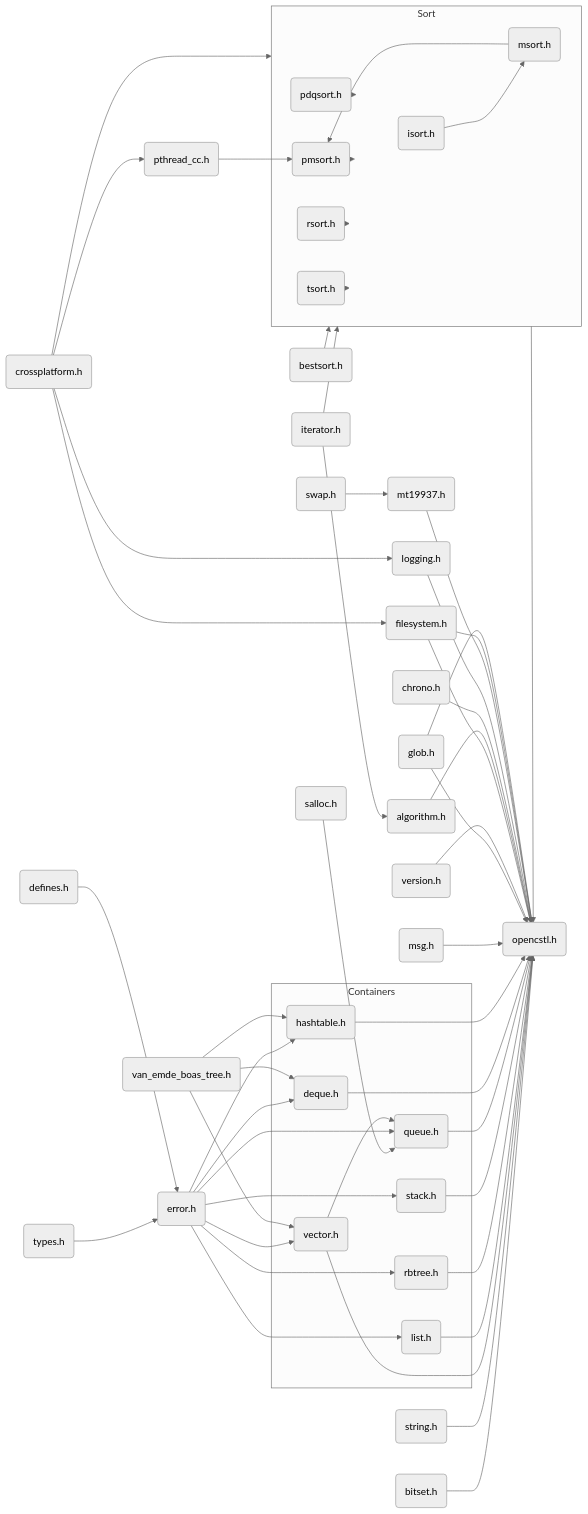
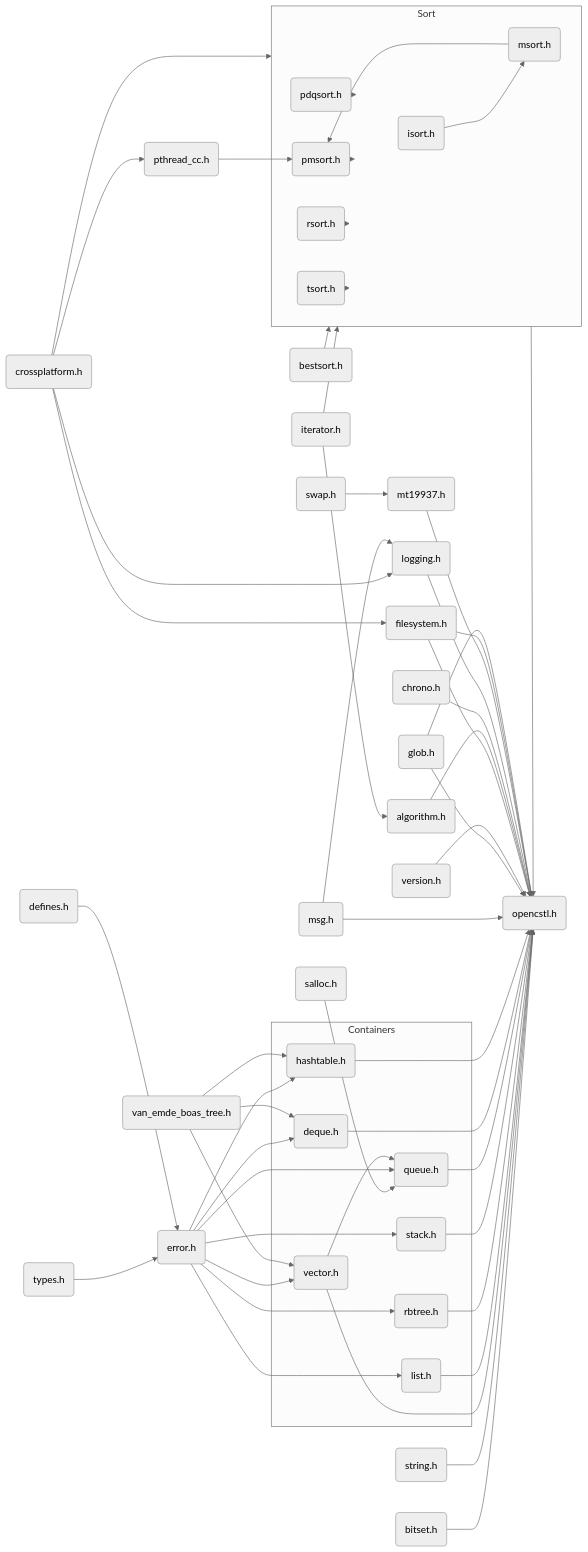
Before and after one commit to springkim/OpenCSTL: the diagram in README.md, drawn with Mermaid (neutral theme). The commit also changed other lines of this file and 11 other files, not shown here.

````diff
--- a/README.md
+++ b/README.md
@@ -245,74 +247,75 @@
 ```mermaid
 
   flowchart LR
       T(types.h) --> E(error.h)
       D(defines.h) --> E(error.h)
       C(crossplatform.h) --> L(logging.h)
       C(crossplatform.h) --> PTHREADCC(pthread_cc.h)
       E(error.h) --> V(vector.h)
       E(error.h) --> LST(list.h)
       E(error.h) --> S(stack.h)
       SALLOC(salloc.h) --> Q(queue.h)
       E(error.h) --> Q(queue.h)
       V(vector.h) --> Q(queue.h)
       E(error.h) --> TREE(rbtree.h)
       E(error.h) --> DQ(deque.h)
       E(error.h) --> H(hashtable.h)
       VEBT(van_emde_boas_tree.h) --> H(hashtable.h)
       VEBT(van_emde_boas_tree.h) --> V(vector.h)
       VEBT(van_emde_boas_tree.h) --> DQ(deque.h)
 
       subgraph CONTAINERS[Containers]
           V(vector.h)
           LST(list.h)
           S(stack.h)
           Q(queue.h)
           TREE(tree.h)
           DQ(deque.h)
           H(hashtable.h)
       end
       
       subgraph SORT[Sort]
       	ISORT(isort.h)
       	TSORT(tsort.h)
       	MSORT(msort.h)
       	RSORT(rsort.h)
       	PMSORT(pmsort.h)
       	PDQSORT(pdqsort.h)
       end
 
 	  B(bitset.h) --> OCSTL(opencstl.h)
 	  STR(string.h) --> OCSTL(opencstl.h)
       V(vector.h) --> OCSTL(opencstl.h)
       LST(list.h) --> OCSTL(opencstl.h)
       TREE(rbtree.h) --> OCSTL(opencstl.h)
       S(stack.h) --> OCSTL(opencstl.h)
       Q(queue.h) --> OCSTL(opencstl.h)
       DQ(deque.h) --> OCSTL(opencstl.h)
       H(hashtable.h) --> OCSTL(opencstl.h)
+      MSG(msg.h) --> L(logging.h)
       MSG(msg.h) --> OCSTL(opencstl.h)
       ISORT(isort.h) --> MSORT(msort.h)
       TSORT(tsort.h) --> SORT(sort.h)
       MSORT(msort.h) --> SORT(sort.h)
       RSORT(rsort.h) --> SORT(sort.h)
       PTHREADCC(pthread_cc.h) --> PMSORT(pmsort.h)
       MSORT(msort.h) --> PMSORT(pmsort.h)
       PMSORT(pmsort.h) --> SORT(sort.h)
       BSORT(bestsort.h) --> SORT(sort.h)
       ITER(iterator.h) --> SORT(sort.h)
       ITER(iterator.h) --> ALGO(algorithm.h)
       PDQSORT(pdqsort.h) --> SORT(sort.h)
       C(crossplatform.h) --> SORT(sort.h)
       GLOB(glob.h) --> OCSTL(opencstl.h)
       SORT(sort.h) --> OCSTL(opencstl.h)
       VER(version.h) --> OCSTL(opencstl.h)
       FS(fstream.h) --> OCSTL(opencstl.h)
       ALGO(algorithm.h) --> OCSTL(opencstl.h)
       WATCH(chrono.h) --> OCSTL(opencstl.h)
       L(logging.h) --> OCSTL(opencstl.h)
       MT(mt19937.h) --> OCSTL(opencstl.h)
       SWAP(swap.h) --> MT(mt19937.h)
       C(crossplatform.h) --> FS(filesystem.h)
       FS(filesystem.h) --> OCSTL(opencstl.h)
       GLOB(glob.h) --> OCSTL(opencstl.h)
 ```
````
